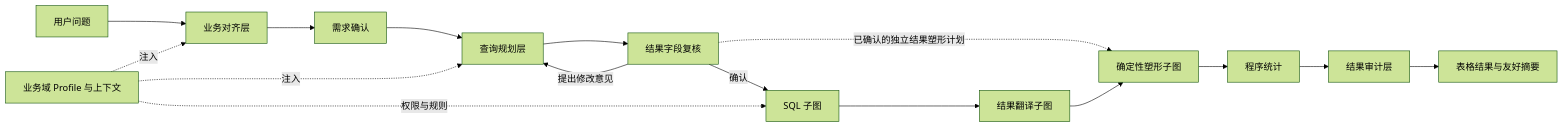
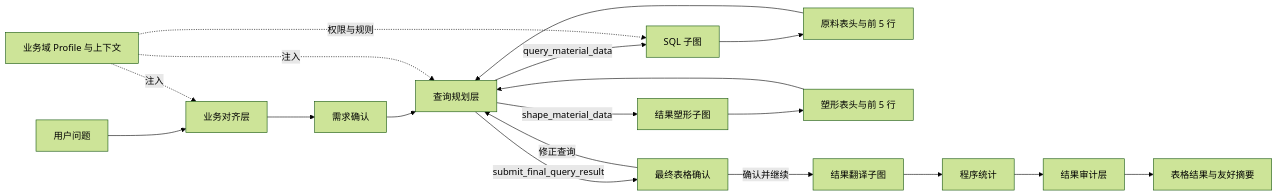
The diagram in description/application/query-agent.md (caicai-6666/flame-sport-pheno-manage-be), drawn with Mermaid (forest theme) before and after one commit. The commit also changed other lines of this file and 75 other files, not shown here.

````diff
--- a/description/application/query-agent.md
+++ b/description/application/query-agent.md
@@ -29,18 +29,21 @@
 ```mermaid
 flowchart LR
     U[用户问题] --> A[业务对齐层]
     A --> C[需求确认]
     C --> P[查询规划层]
-    P --> V[结果字段复核]
-    V -->|提出修改意见| P
-    V -->|确认| S[SQL 子图]
-    S --> T[结果翻译子图]
-    V -.已确认的独立结果塑形计划.-> H[确定性塑形子图]
-    T --> H
-    H --> R[程序统计]
+    P -->|query_material_data| S[SQL 子图]
+    S --> M[原料表头与前 5 行]
+    M --> P
+    P -->|shape_material_data| H[结果塑形子图]
+    H --> V[塑形表头与前 5 行]
+    V --> P
+    P -->|submit_final_query_result| F[最终表格确认]
+    F -->|修正查询| P
+    F -->|确认并继续| T[结果翻译子图]
+    T --> R[程序统计]
     R --> Q[结果审计层]
     Q --> O[表格结果与友好摘要]
     D[业务域 Profile 与上下文] -.注入.-> A
     D -.注入.-> P
     D -.权限与规则.-> S
 ```
````
